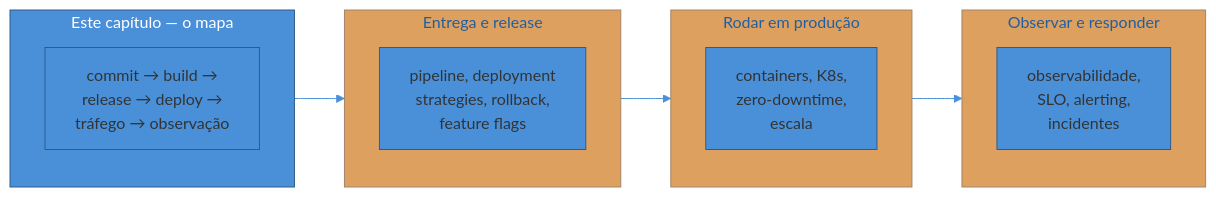
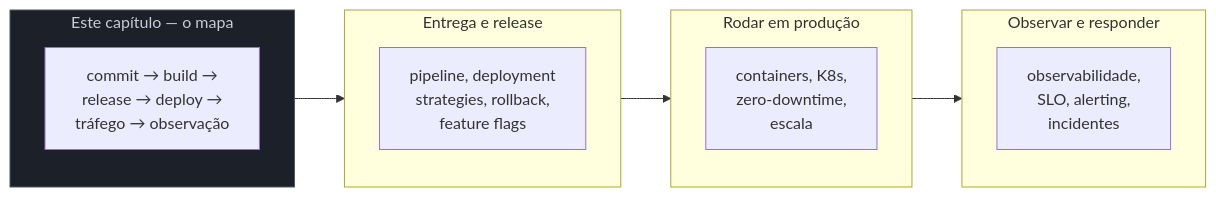
One commit to josenaldo/codex-technomanticus changed the third of 3 diagrams in 03-Dominios/Engenharia/Operação/1 - O ofício de operar/03 - O ciclo de vida de um deploy.md. Above: the diagram before and after it, drawn with Mermaid. The commit also changed other lines of this file and 1181 other files, not shown here.

First line of the commit message:
fix(diagramas): paleta do sistema no lugar de cor cravada no markdown

````diff
--- a/03-Dominios/Engenharia/Operação/1 - O ofício de operar/03 - O ciclo de vida de um deploy.md
+++ b/03-Dominios/Engenharia/Operação/1 - O ofício de operar/03 - O ciclo de vida de um deploy.md
@@ -166,19 +169,19 @@
 ```mermaid
-%%{init: {"theme": "base", "themeVariables": {"primaryColor": "#4A90D9", "primaryBorderColor": "#2E5C8A", "lineColor": "#4A90D9"}}}%%
 graph LR
+    classDef neutro fill:#1B2029,stroke:#4E5666,color:#C6CCD8
     subgraph SG1["Este capítulo — o mapa"]
         C1["commit → build →<br/>release → deploy →<br/>tráfego → observação"]
     end
     subgraph SG2["Entrega e release"]
         C2["pipeline, deployment<br/>strategies, rollback,<br/>feature flags"]
     end
     subgraph SG3["Rodar em produção"]
         C3["containers, K8s,<br/>zero-downtime,<br/>escala"]
     end
     subgraph SG4["Observar e responder"]
         C4["observabilidade,<br/>SLO, alerting,<br/>incidentes"]
     end
     SG1 --> SG2 --> SG3 --> SG4
 
-    style SG1 fill:#4A90D9,stroke:#2E5C8A,color:#fff
+    class SG1 neutro
 ```
````
